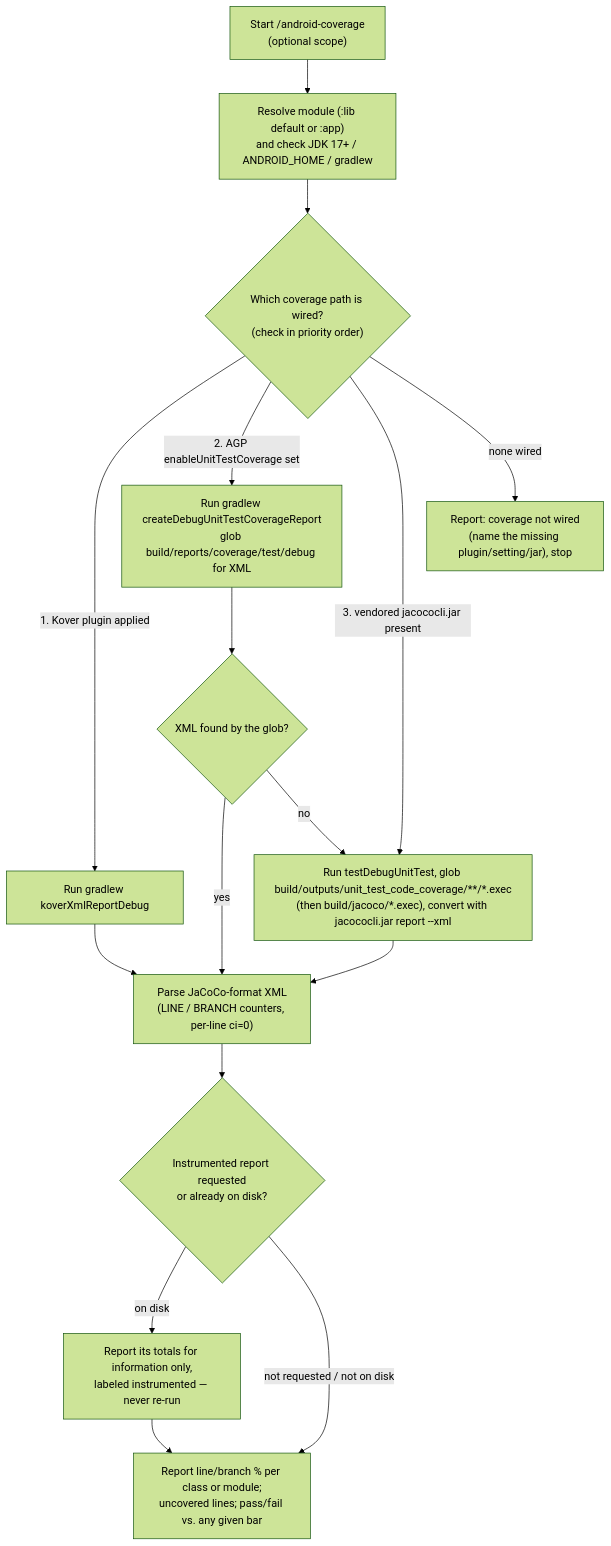
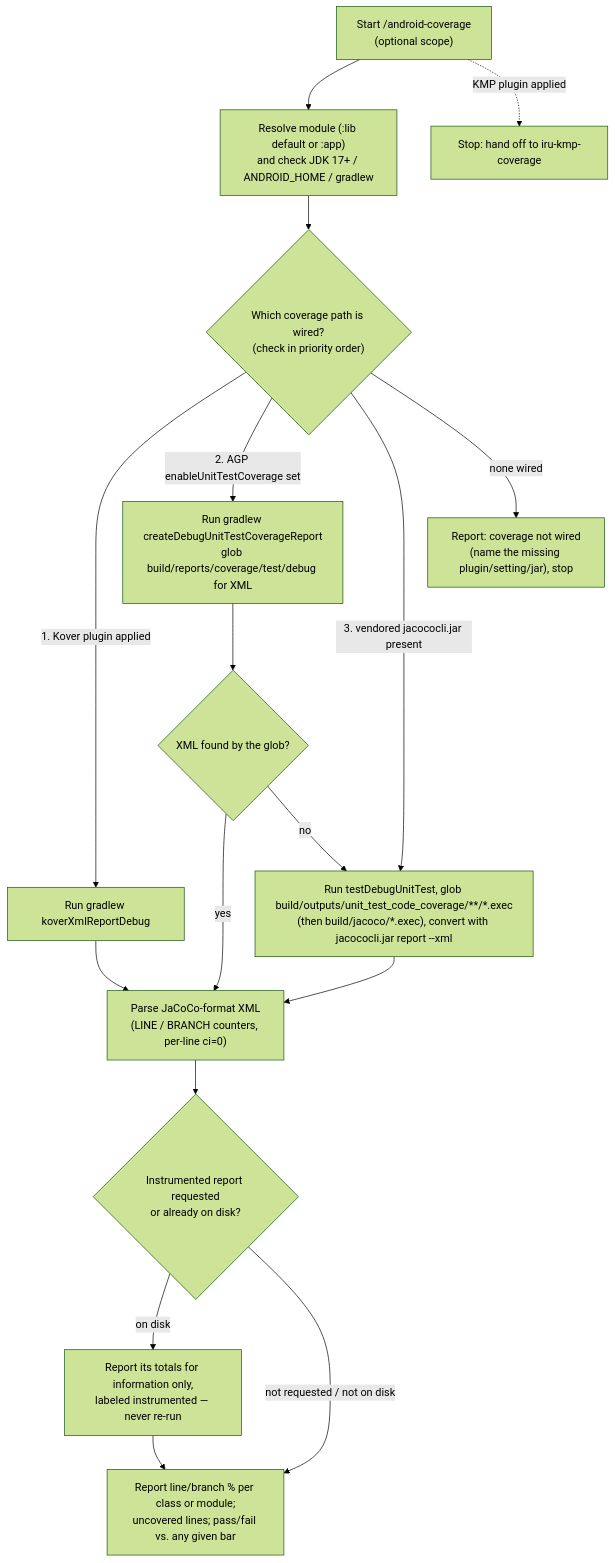
Before and after one commit to albertoirurueta/ai-catalog: the diagram in docs/modules/ROOT/pages/skills/iru-android-coverage.adoc, drawn with Mermaid (forest theme). The commit also changed other lines of this file and 138 other files, not shown here.

```diff
--- a/docs/modules/ROOT/pages/skills/iru-android-coverage.adoc
+++ b/docs/modules/ROOT/pages/skills/iru-android-coverage.adoc
@@ -65,19 +67,20 @@
 [mermaid]
 ....
 flowchart TD
     A["Start /android-coverage\n(optional scope)"] --> B["Resolve module (:lib default or :app)\nand check JDK 17+ / ANDROID_HOME / gradlew"]
+    A -. "KMP plugin applied" .-> KMP["Stop: hand off to iru-kmp-coverage"]
     B --> C{"Which coverage path is wired?\n(check in priority order)"}
     C -- "1. Kover plugin applied" --> D["Run gradlew koverXmlReportDebug"]
     C -- "2. AGP enableUnitTestCoverage set" --> E["Run gradlew createDebugUnitTestCoverageReport\nglob build/reports/coverage/test/debug for XML"]
     C -- "3. vendored jacococli.jar present" --> F["Run testDebugUnitTest, glob build/outputs/unit_test_code_coverage/**/*.exec\n(then build/jacoco/*.exec), convert with jacococli.jar report --xml"]
     C -- "none wired" --> G["Report: coverage not wired\n(name the missing plugin/setting/jar), stop"]
     E --> E2{"XML found by the glob?"}
     E2 -- yes --> H
     E2 -- "no" --> F
     D --> H["Parse JaCoCo-format XML\n(LINE / BRANCH counters, per-line ci=0)"]
     F --> H
     H --> I{"Instrumented report requested\nor already on disk?"}
     I -- "on disk" --> J["Report its totals for information only,\nlabeled instrumented — never re-run"]
     I -- "not requested / not on disk" --> K
     J --> K["Report line/branch % per class or module;\nuncovered lines; pass/fail vs. any given bar"]
 ....
```
